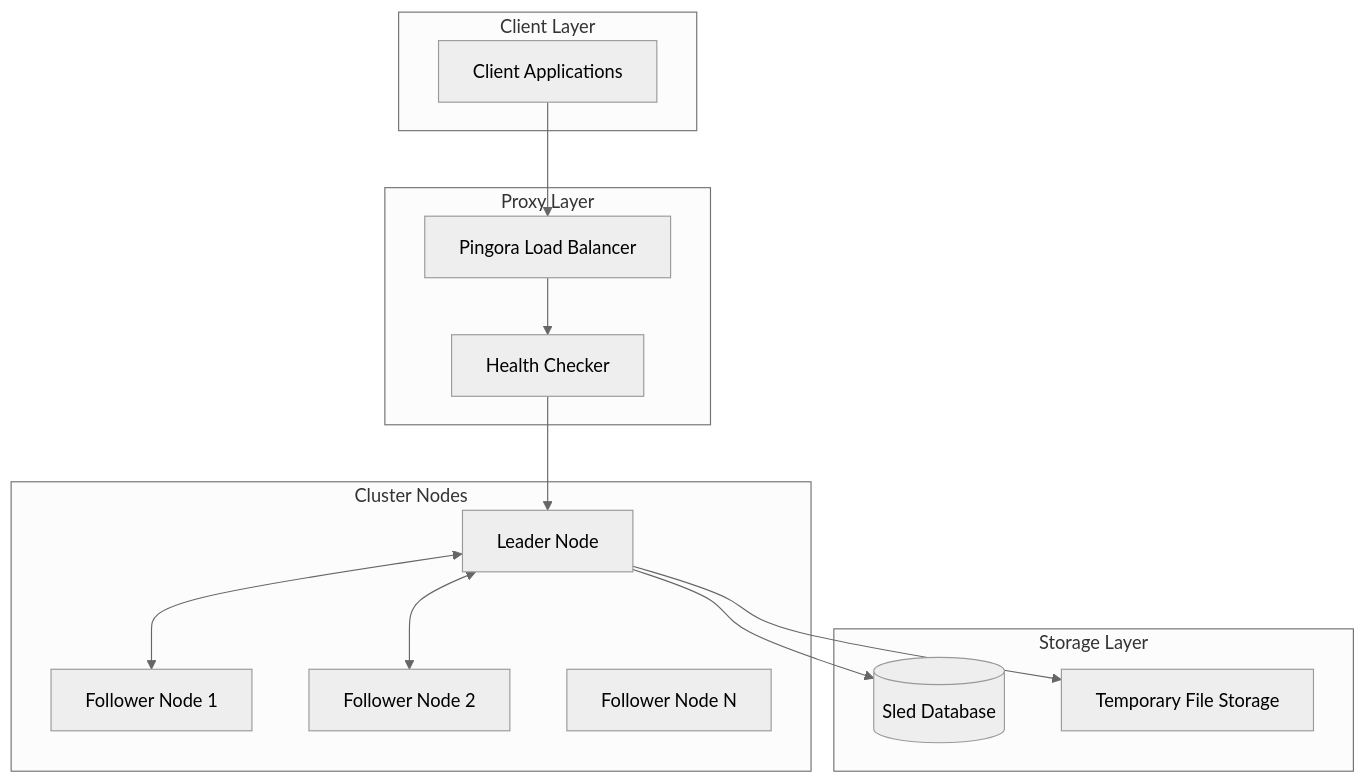
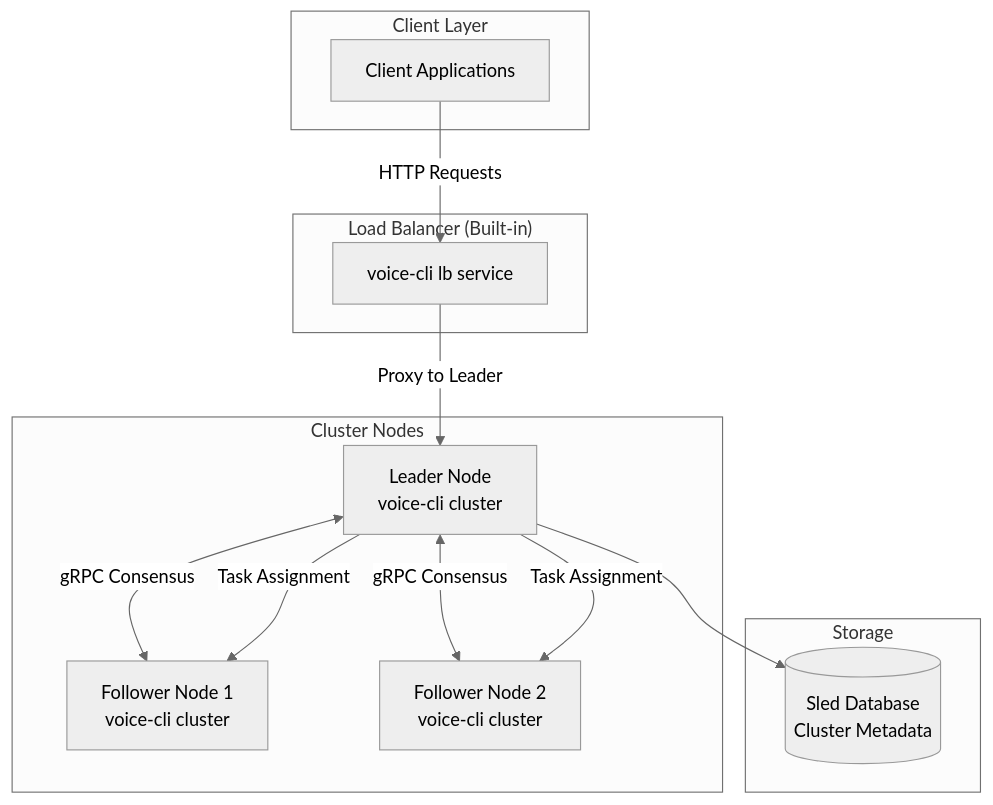
Before and after one commit to nuwax-ai/mcp-proxy: the first of 5 diagrams in .qoder/quests/audio-cluster-service.md, drawn with Mermaid (neutral theme). The commit also changed other lines of this file, not shown here.

First line of the commit message:
feat(cluster): implement core audio cluster v1 functionality for distributed transcription

````diff
--- a/.qoder/quests/audio-cluster-service.md
+++ b/.qoder/quests/audio-cluster-service.md
@@ -11,31 +19,28 @@
 ```mermaid
 graph TB
     subgraph "Client Layer"
         Client[Client Applications]
     end
     
-    subgraph "Proxy Layer"
-        Pingora[Pingora Load Balancer]
-        HealthCheck[Health Checker]
+    subgraph "Load Balancer (Built-in)"
+        LB[voice-cli lb service]
     end
     
     subgraph "Cluster Nodes"
-        Leader[Leader Node]
-        Follower1[Follower Node 1]
-        Follower2[Follower Node 2]
-        FollowerN[Follower Node N]
+        Leader[Leader Node<br/>voice-cli cluster]
+        Follower1[Follower Node 1<br/>voice-cli cluster]
+        Follower2[Follower Node 2<br/>voice-cli cluster]
     end
     
-    subgraph "Storage Layer"
-        SledDB[(Sled Database)]
-        TempStorage[Temporary File Storage]
+    subgraph "Storage"
+        SledDB[(Sled Database<br/>Cluster Metadata)]
     end
     
-    Client --> Pingora
-    Pingora --> HealthCheck
-    HealthCheck --> Leader
-    Leader <--> Follower1
-    Leader <--> Follower2
+    Client -->|HTTP Requests| LB
+    LB -->|Proxy to Leader| Leader
+    Leader <-->|gRPC Consensus| Follower1
+    Leader <-->|gRPC Consensus| Follower2
+    Leader -->|Task Assignment| Follower1
+    Leader -->|Task Assignment| Follower2
     Leader --> SledDB
-    Leader --> TempStorage
 ```
````
